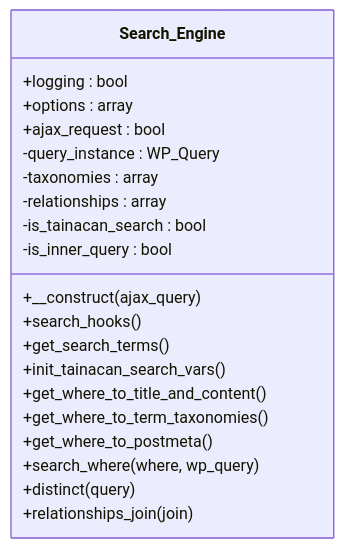
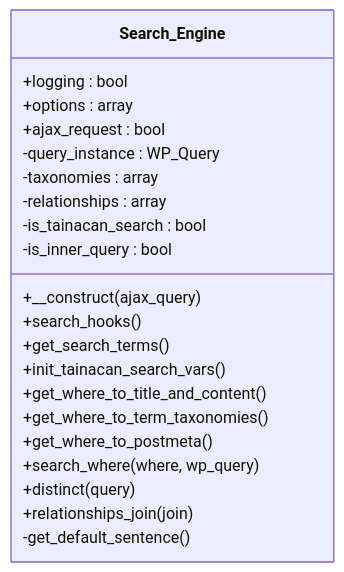
One commit to tainacan/tainacan changed the diagram in docs/phpdoc/classes/Tainacan/Search_Engine.mmd. Above: the diagram before and after it, drawn with Mermaid. The commit also changed 97 other files, not shown here.

```diff
--- a/docs/phpdoc/classes/Tainacan/Search_Engine.mmd
+++ b/docs/phpdoc/classes/Tainacan/Search_Engine.mmd
@@ -1,22 +1,23 @@
 classDiagram
     direction TB
     class Search_Engine {
         +logging : bool
         +options : array
         +ajax_request : bool
         -query_instance : WP_Query
         -taxonomies : array
         -relationships : array
         -is_tainacan_search : bool
         -is_inner_query : bool
         +__construct(ajax_query)
         +search_hooks()
         +get_search_terms()
         +init_tainacan_search_vars()
         +get_where_to_title_and_content()
         +get_where_to_term_taxonomies()
         +get_where_to_postmeta()
         +search_where(where, wp_query)
         +distinct(query)
         +relationships_join(join)
+        -get_default_sentence()
     }
```
